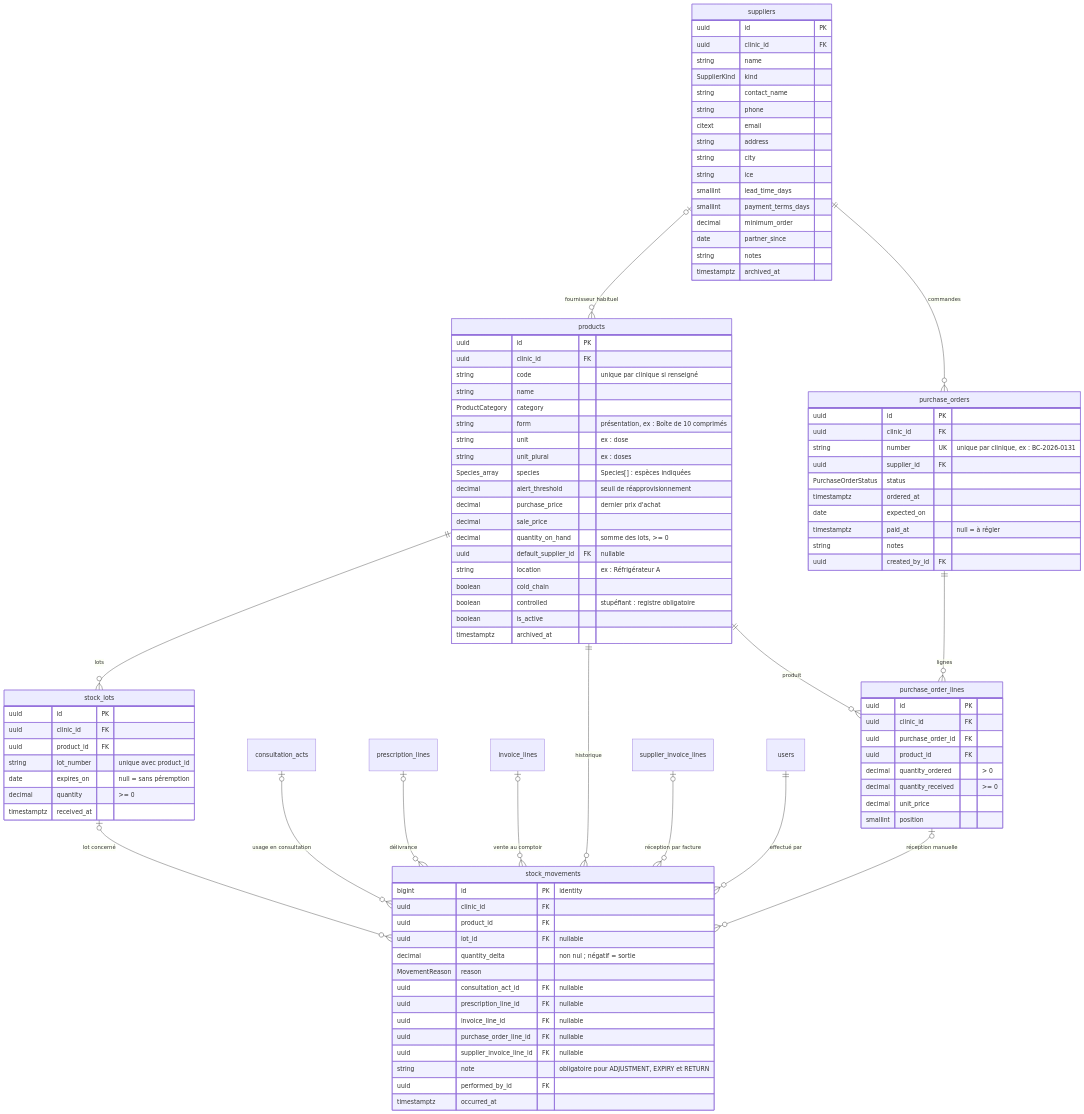
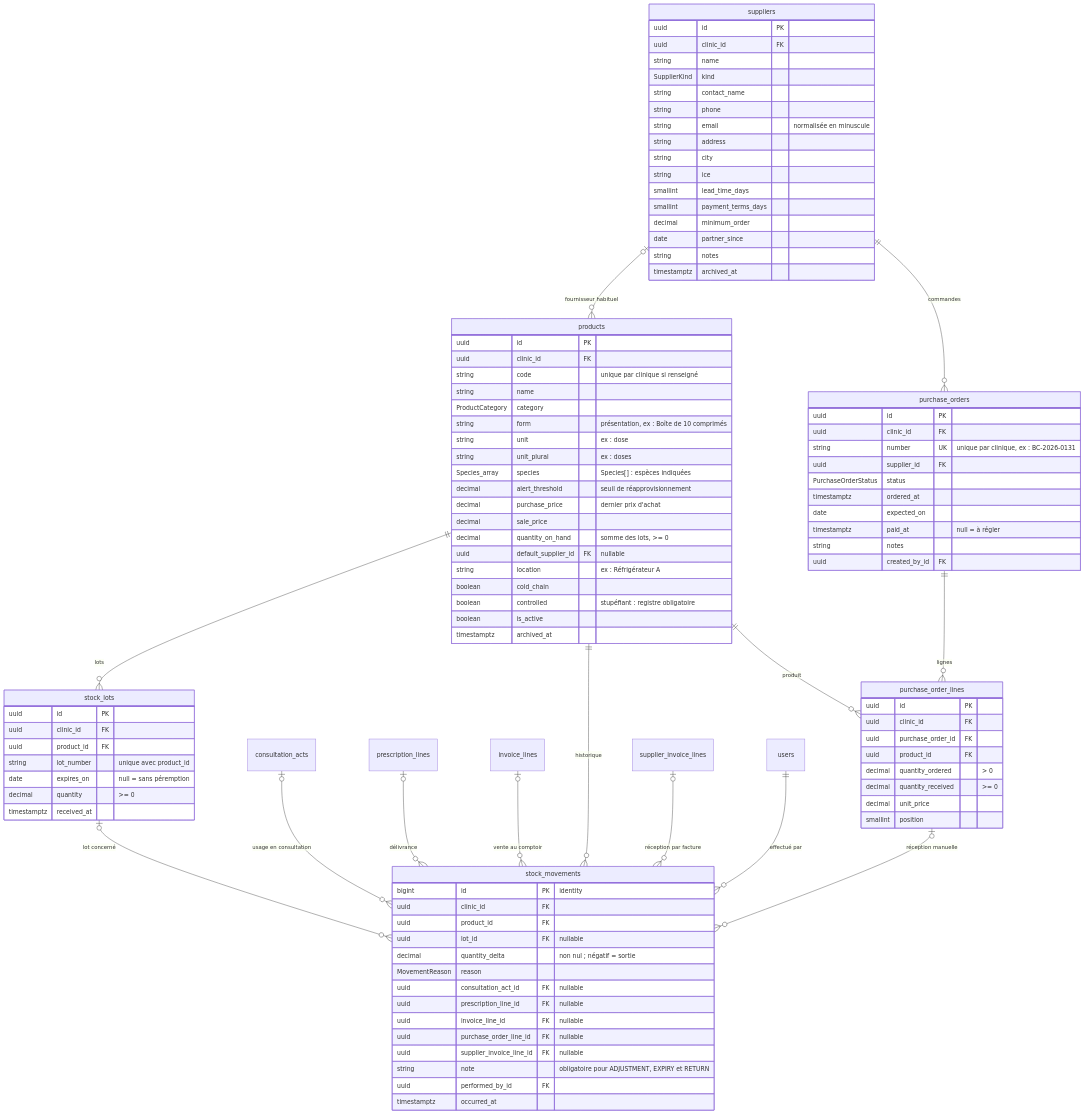
One commit to Fares-Frini/veternity changed the seventh of 14 diagrams in docs/database/SCHEMA.md. Above: the diagram before and after it, drawn with Mermaid. The commit also changed other lines of this file and 4 other files, not shown here.

```diff
--- a/docs/database/SCHEMA.md
+++ b/docs/database/SCHEMA.md
@@ -544,7 +547,7 @@
     SupplierKind kind
     string contact_name
     string phone
-    citext email
+    string email "normalisée en minuscule"
     string address
     string city
     string ice
```
